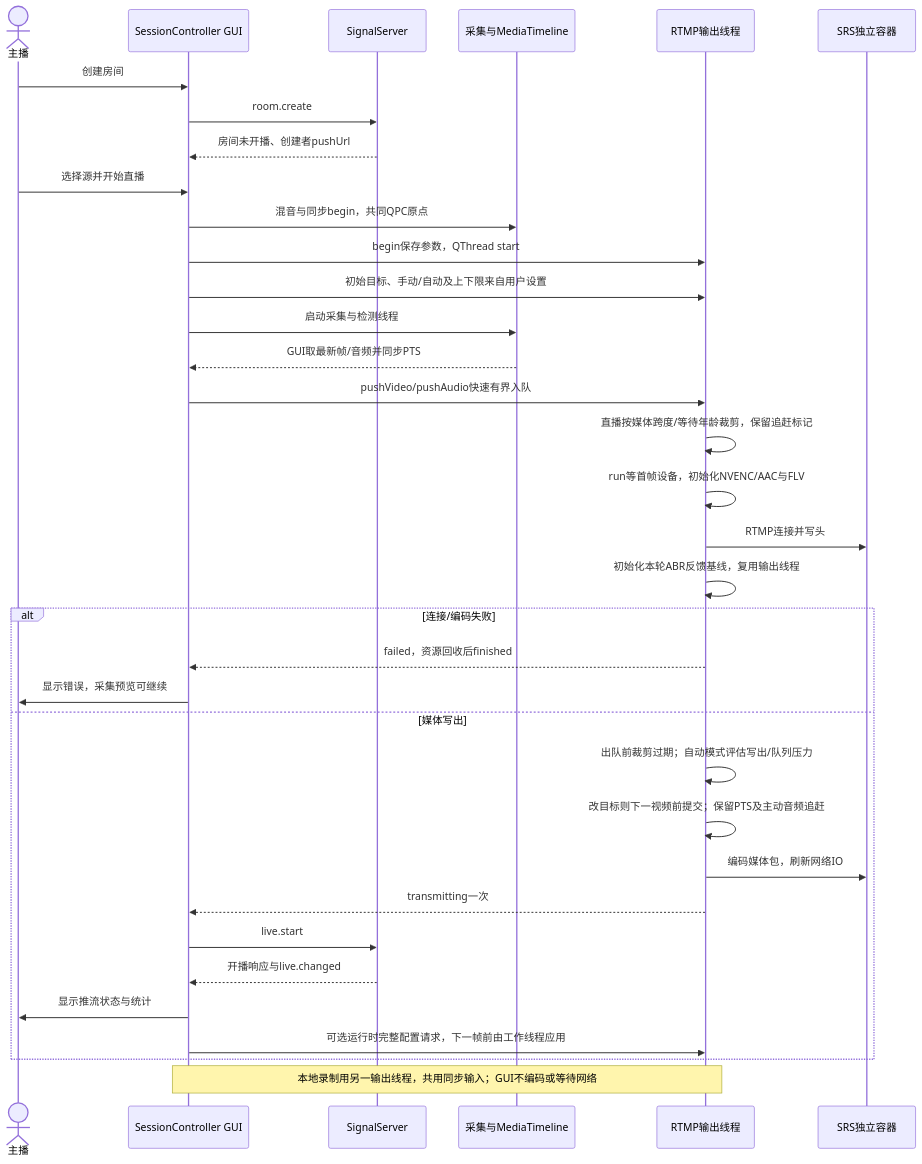
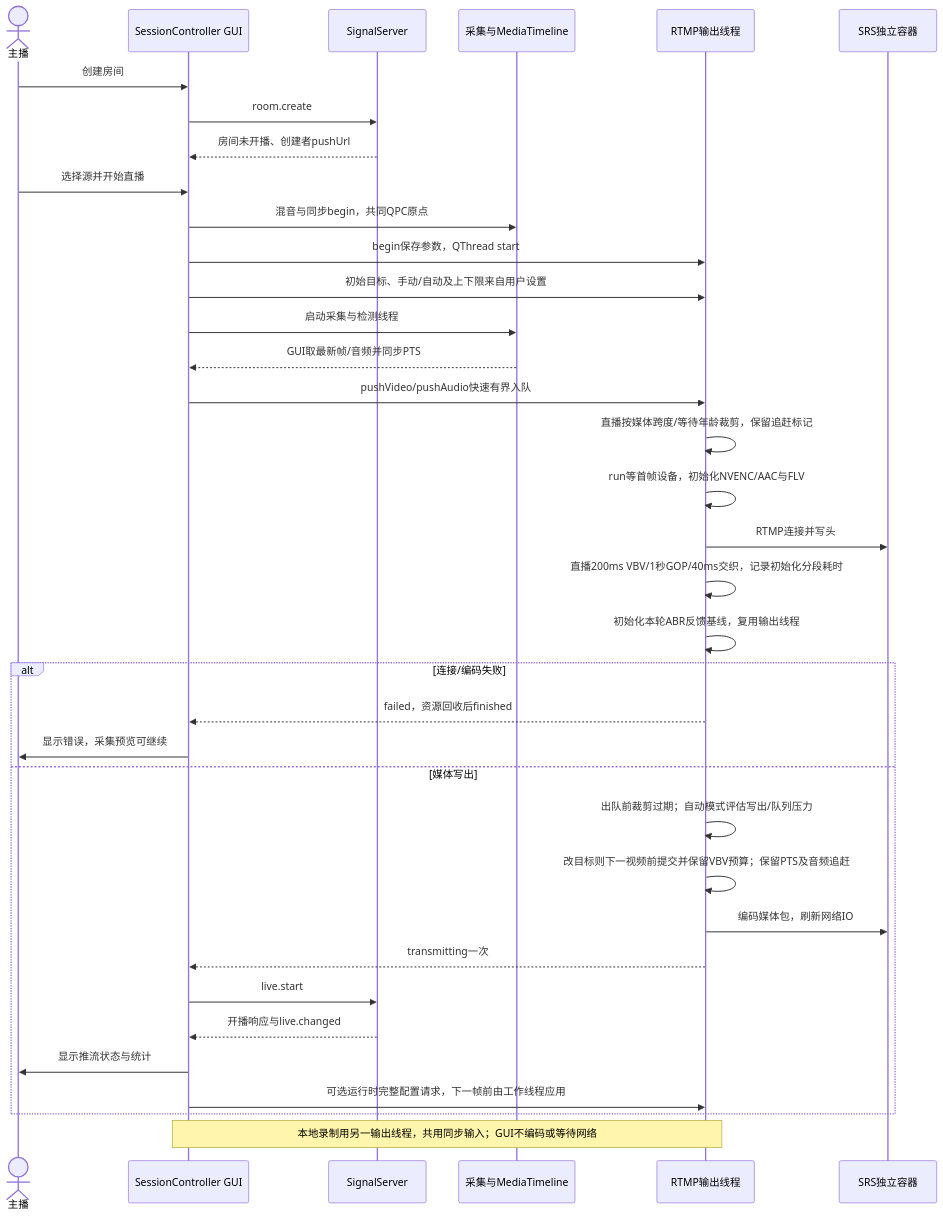
Before and after one commit to kingsman-svg/OBS: the diagram in docs/uml/live-publish.mmd, drawn with Mermaid. The commit also changed 30 other files, not shown here.

```diff
--- a/docs/uml/live-publish.mmd
+++ b/docs/uml/live-publish.mmd
@@ -1,35 +1,36 @@
 sequenceDiagram
 actor U as 主播
 participant C as SessionController GUI
 participant S as SignalServer
 participant T as 采集与MediaTimeline
 participant P as RTMP输出线程
 participant R as SRS独立容器
 U->>C: 创建房间
 C->>S: room.create
 S-->>C: 房间未开播、创建者pushUrl
 U->>C: 选择源并开始直播
 C->>T: 混音与同步begin，共同QPC原点
 C->>P: begin保存参数，QThread start
 C->>P: 初始目标、手动/自动及上下限来自用户设置
 C->>T: 启动采集与检测线程
 T-->>C: GUI取最新帧/音频并同步PTS
 C->>P: pushVideo/pushAudio快速有界入队
 P->>P: 直播按媒体跨度/等待年龄裁剪，保留追赶标记
 P->>P: run等首帧设备，初始化NVENC/AAC与FLV
 P->>R: RTMP连接并写头
+P->>P: 直播200ms VBV/1秒GOP/40ms交织，记录初始化分段耗时
 P->>P: 初始化本轮ABR反馈基线，复用输出线程
 alt 连接/编码失败
 P-->>C: failed，资源回收后finished
 C->>U: 显示错误，采集预览可继续
 else 媒体写出
 P->>P: 出队前裁剪过期；自动模式评估写出/队列压力
-P->>P: 改目标则下一视频前提交；保留PTS及主动音频追赶
+P->>P: 改目标则下一视频前提交并保留VBV预算；保留PTS及音频追赶
 P->>R: 编码媒体包，刷新网络IO
 P-->>C: transmitting一次
 C->>S: live.start
 S-->>C: 开播响应与live.changed
 C->>U: 显示推流状态与统计
 C->>P: 可选运行时完整配置请求，下一帧前由工作线程应用
 end
 Note over C,P: 本地录制用另一输出线程，共用同步输入；GUI不编码或等待网络
```
